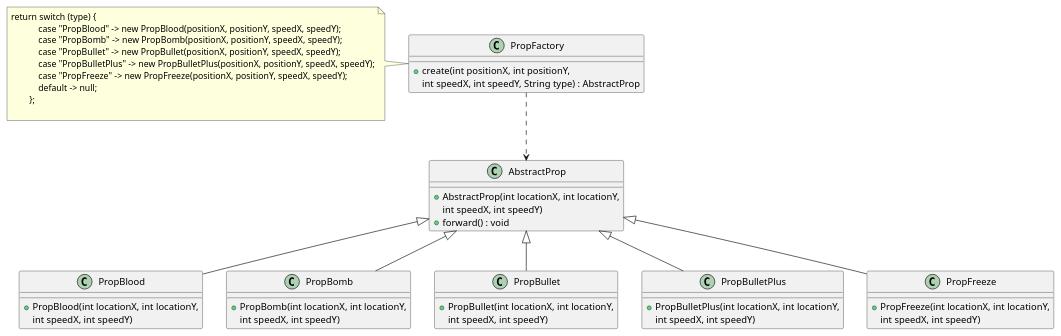
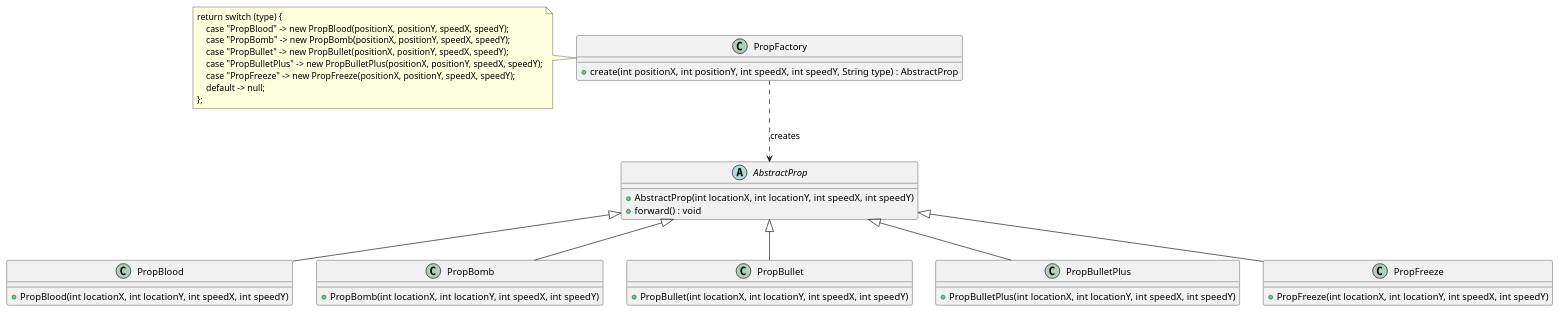
The diagram in uml/SimpleFactory.puml (Gamer-M404/AirCraftWar), drawn with PlantUML before and after one commit. The commit also changed other lines of this file and 2 other files, not shown here.

```diff
--- a/uml/SimpleFactory.puml
+++ b/uml/SimpleFactory.puml
@@ -1,59 +1,51 @@
 @startuml
 
-
 class PropFactory{
-    + create(int positionX, int positionY,
-    int speedX, int speedY, String type) : AbstractProp
+    + create(int positionX, int positionY, int speedX, int speedY, String type) : AbstractProp
 }
 
-class AbstractProp{
-    + AbstractProp(int locationX, int locationY,
-    int speedX, int speedY)
+abstract class AbstractProp{
+    + AbstractProp(int locationX, int locationY, int speedX, int speedY)
     + forward() : void
 }
 
-PropFactory ..> AbstractProp
+PropFactory ..> AbstractProp : creates
 
 class PropBlood{
-    + PropBlood(int locationX, int locationY,
-    int speedX, int speedY)
+    + PropBlood(int locationX, int locationY, int speedX, int speedY)
 }
 AbstractProp <|-- PropBlood
 
 class PropBomb{
-    + PropBomb(int locationX, int locationY,
-    int speedX, int speedY)
+    + PropBomb(int locationX, int locationY, int speedX, int speedY)
 }
 AbstractProp <|-- PropBomb
 
 class PropBullet{
-    + PropBullet(int locationX, int locationY,
-    int speedX, int speedY)
+    + PropBullet(int locationX, int locationY, int speedX, int speedY)
 }
 AbstractProp <|-- PropBullet
 
 class PropBulletPlus{
-    + PropBulletPlus(int locationX, int locationY,
-    int speedX, int speedY)
+    + PropBulletPlus(int locationX, int locationY, int speedX, int speedY)
 }
 AbstractProp <|-- PropBulletPlus
 
 class PropFreeze{
-    + PropFreeze(int locationX, int locationY,
-    int speedX, int speedY)
+    + PropFreeze(int locationX, int locationY, int speedX, int speedY)
 }
 AbstractProp <|-- PropFreeze
 
+' 原生多行note，直接写代码，无反引号
 note left of PropFactory
 return switch (type) {
-            case "PropBlood" -> new PropBlood(positionX, positionY, speedX, speedY);
-            case "PropBomb" -> new PropBomb(positionX, positionY, speedX, speedY);
-            case "PropBullet" -> new PropBullet(positionX, positionY, speedX, speedY);
-            case "PropBulletPlus" -> new PropBulletPlus(positionX, positionY, speedX, speedY);
-            case "PropFreeze" -> new PropFreeze(positionX, positionY, speedX, speedY);
-            default -> null;
-        };
-
+    case "PropBlood" -> new PropBlood(positionX, positionY, speedX, speedY);
+    case "PropBomb" -> new PropBomb(positionX, positionY, speedX, speedY);
+    case "PropBullet" -> new PropBullet(positionX, positionY, speedX, speedY);
+    case "PropBulletPlus" -> new PropBulletPlus(positionX, positionY, speedX, speedY);
+    case "PropFreeze" -> new PropFreeze(positionX, positionY, speedX, speedY);
+    default -> null;
+};
 end note
 
 @enduml
```
